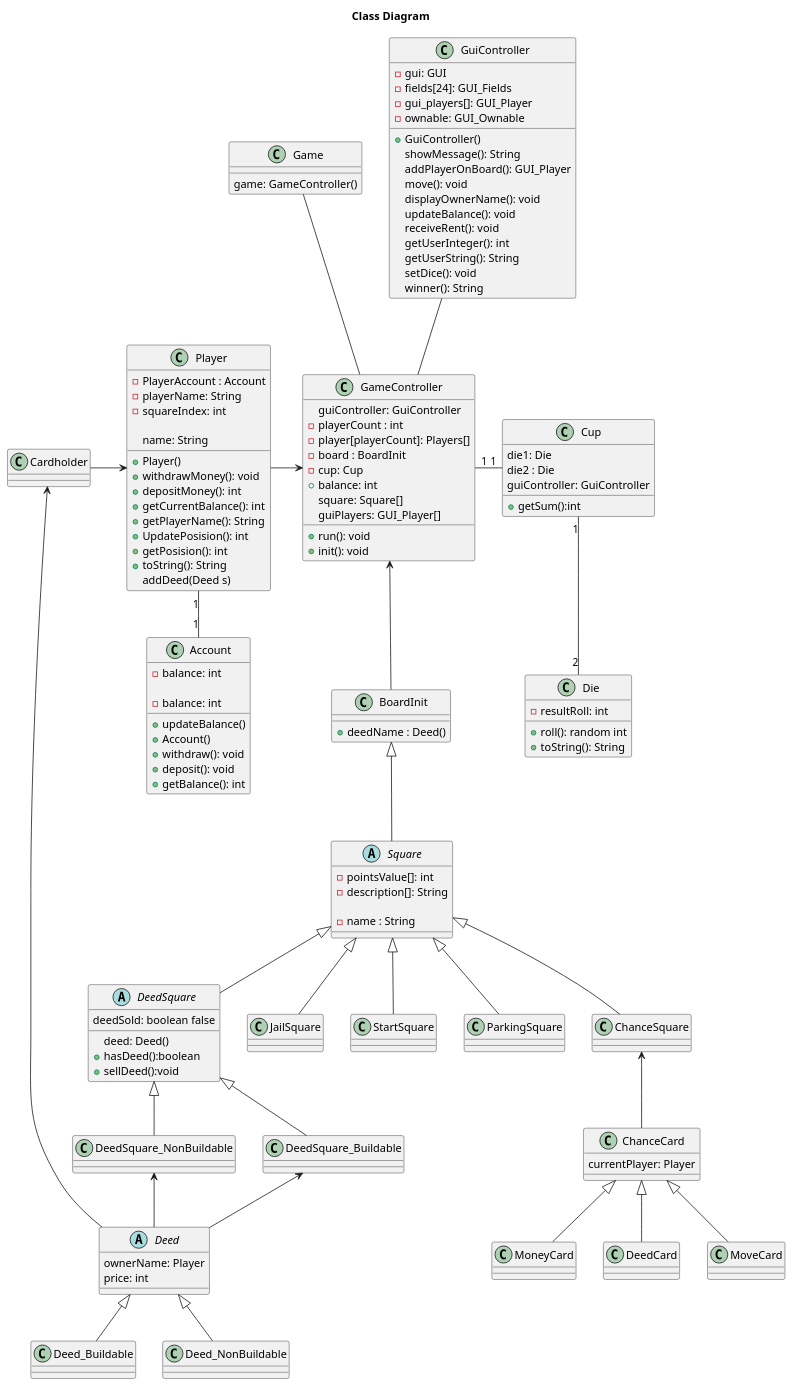
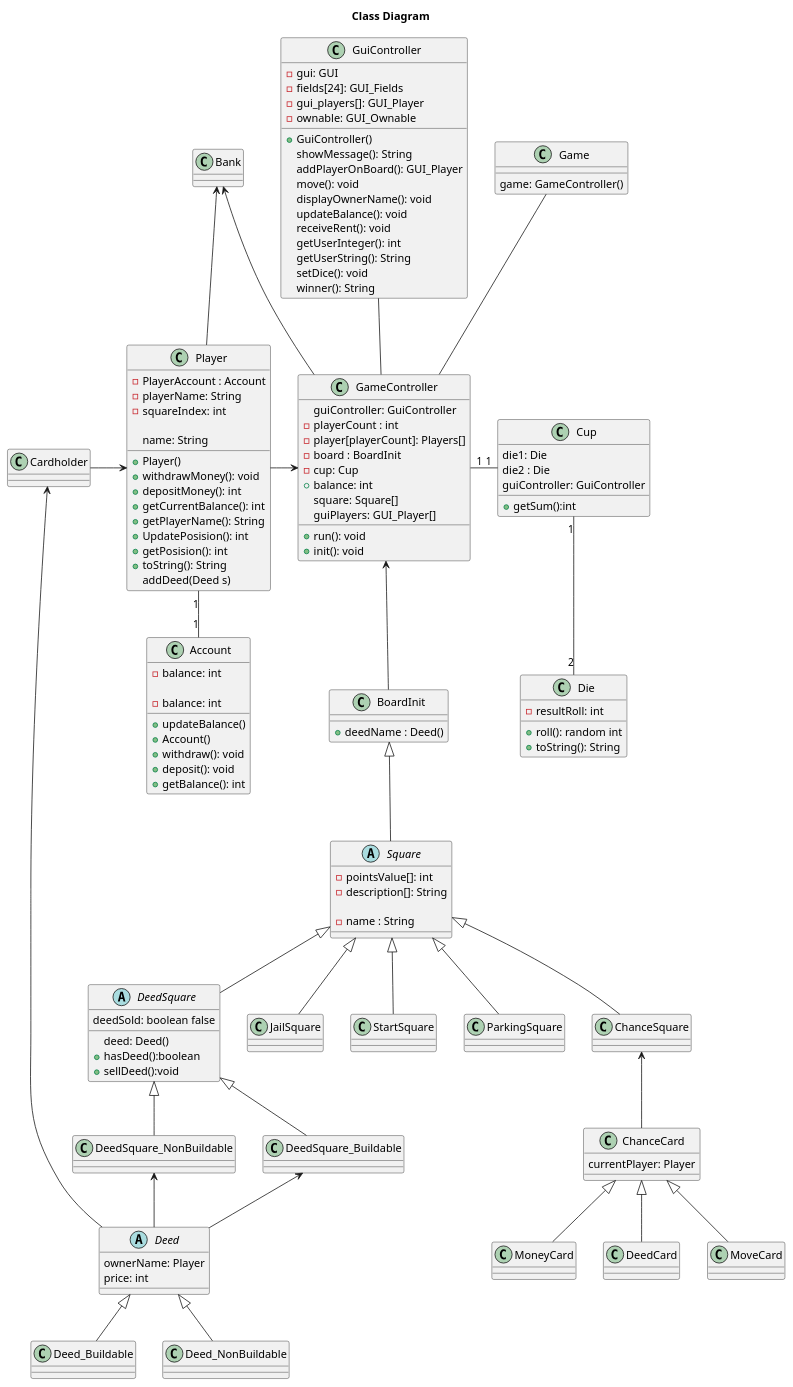
The diagram in Diagrams/ClassDiagram.puml (hellomelissaw/Matador), drawn with PlantUML before and after one commit. The commit also changed 3 other files, not shown here.

Commit message:
"classdiagram add bank, og skiftet englishtext til dansktekst"

```diff
--- a/Diagrams/ClassDiagram.puml
+++ b/Diagrams/ClassDiagram.puml
@@ -150,6 +150,13 @@
 
 class Cardholder {}
 
+class Bank {
+}
+
+Bank <-down- GameController
+
+Bank <-down- Player
+
 GameController -up- Game
 
 GuiController -down- GameController
```
